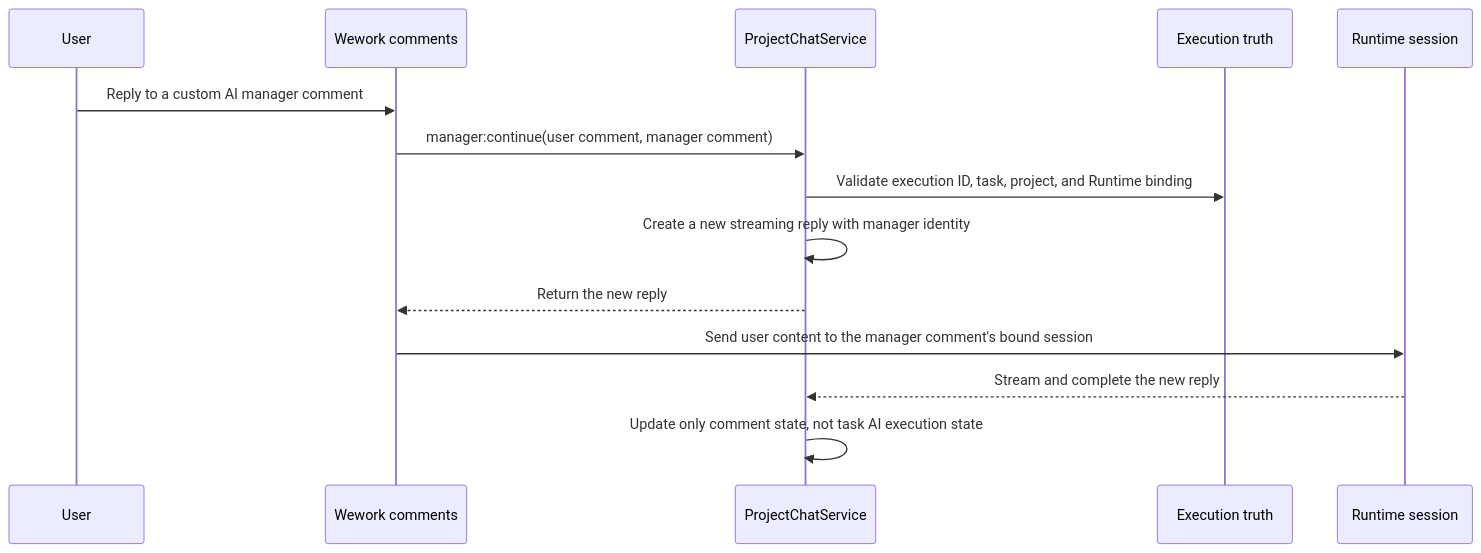
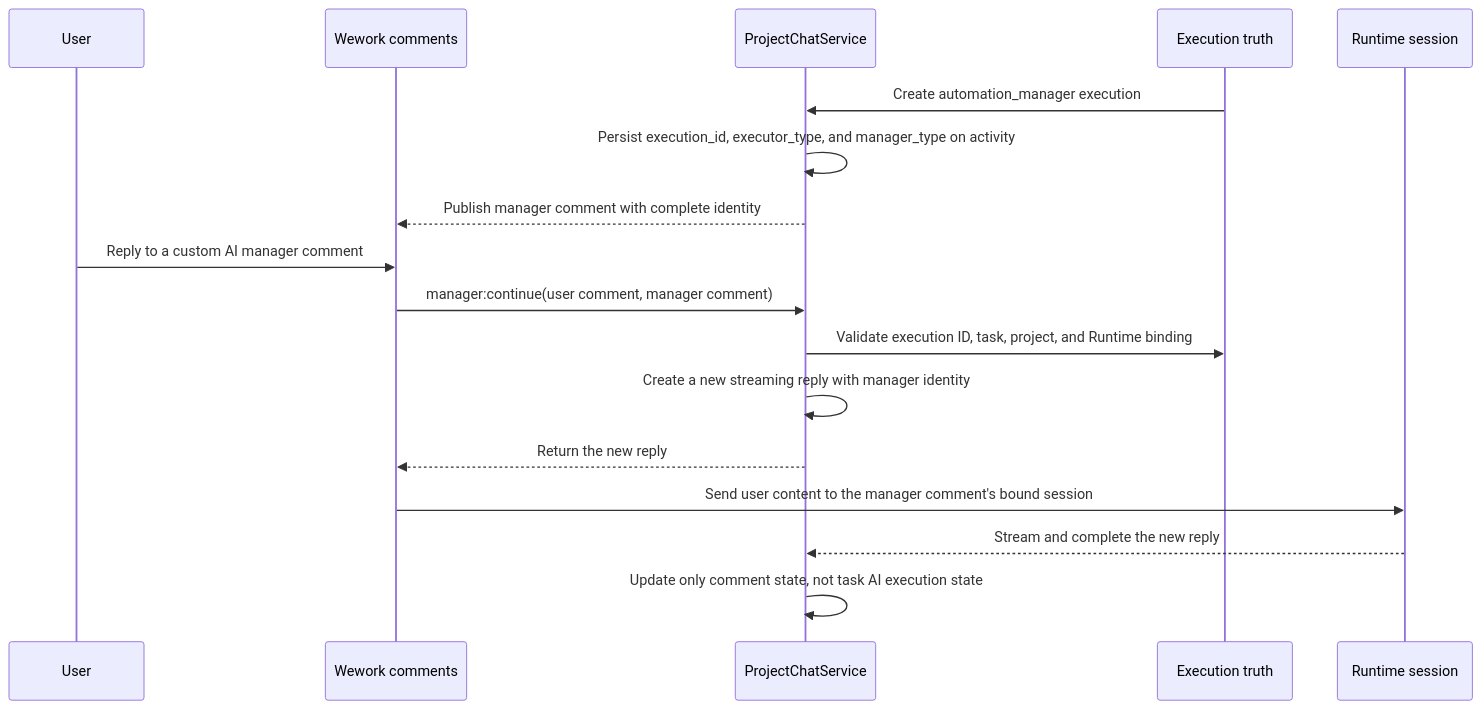
The second of 2 diagrams in docs/en/architecture/automation-manager-continuation.md (wecode-ai/Wegent), drawn with Mermaid before and after one commit. The commit also changed other lines of this file and 6 other files, not shown here.

Commit message:
fix(automation): persist manager activity execution identity

````diff
--- a/docs/en/architecture/automation-manager-continuation.md
+++ b/docs/en/architecture/automation-manager-continuation.md
@@ -20,17 +21,20 @@
 ```mermaid
 sequenceDiagram
     participant U as User
     participant W as Wework comments
     participant C as ProjectChatService
     participant X as Execution truth
     participant R as Runtime session
 
+    X->>C: Create automation_manager execution
+    C->>C: Persist execution_id, executor_type, and manager_type on activity
+    C-->>W: Publish manager comment with complete identity
     U->>W: Reply to a custom AI manager comment
     W->>C: manager:continue(user comment, manager comment)
     C->>X: Validate execution ID, task, project, and Runtime binding
     C->>C: Create a new streaming reply with manager identity
     C-->>W: Return the new reply
     W->>R: Send user content to the manager comment's bound session
     R-->>C: Stream and complete the new reply
     C->>C: Update only comment state, not task AI execution state
 ```
````
